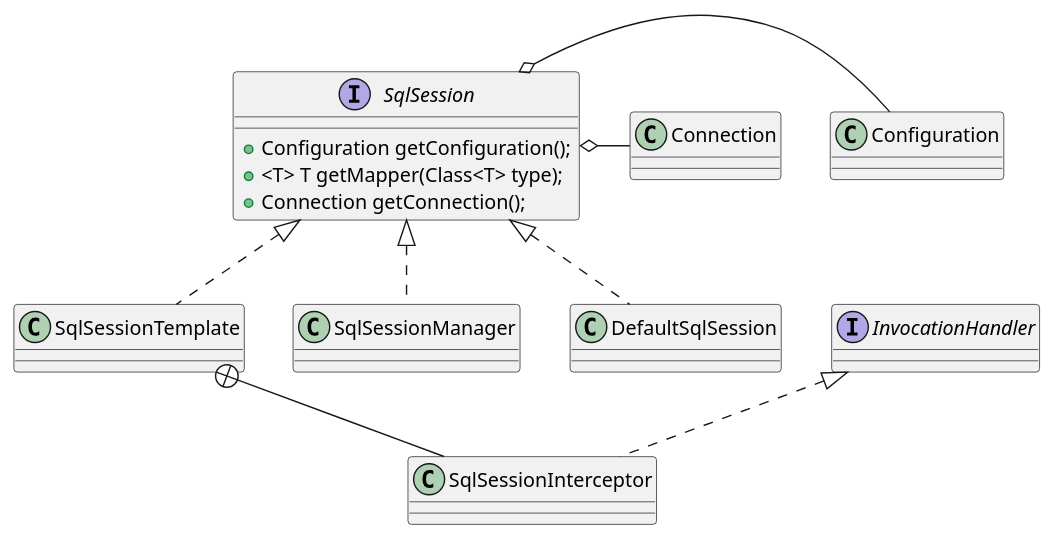
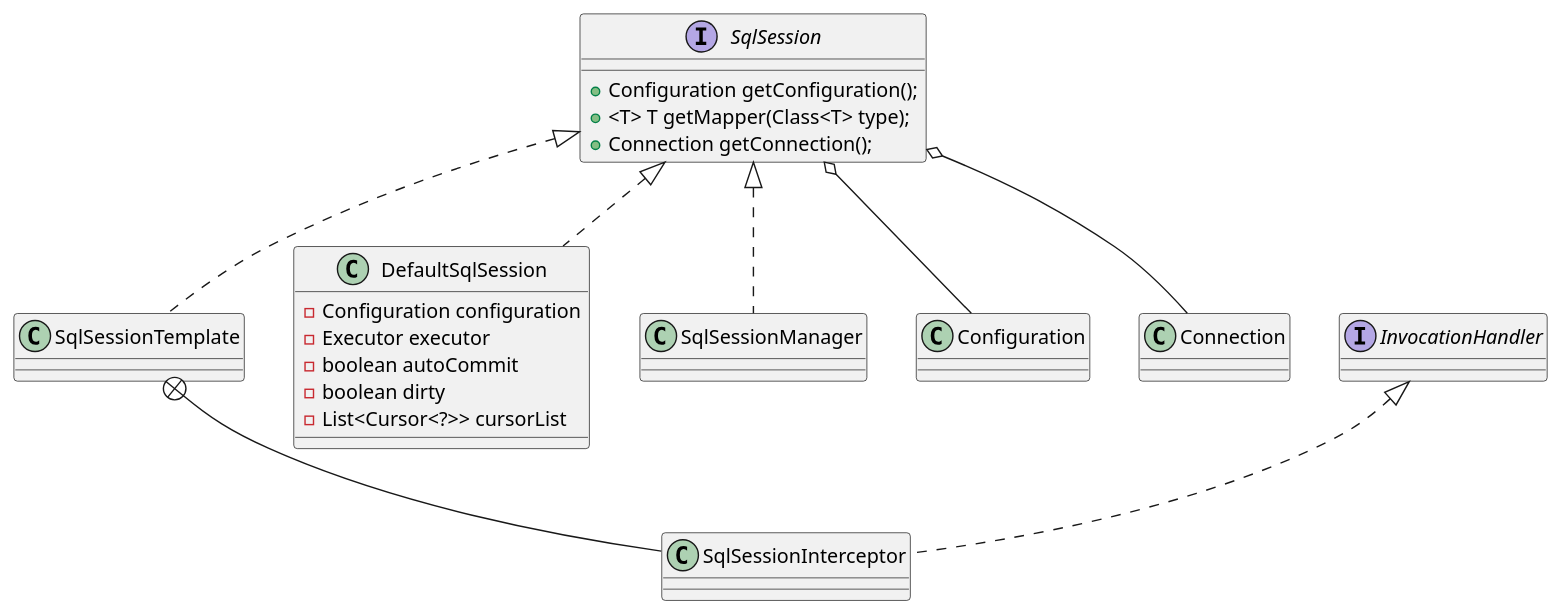
Before and after one commit to onlyonion/development: the diagram in 20-framework/src/mybatis/mybatis/session/SqlSession.md, drawn with PlantUML. The commit also changed 72 other files, not shown here.

````diff
--- a/20-framework/src/mybatis/mybatis/session/SqlSession.md
+++ b/20-framework/src/mybatis/mybatis/session/SqlSession.md
@@ -13,24 +13,32 @@
 ```plantuml
 @startuml
 
 interface SqlSession {
     + Configuration getConfiguration();
     + <T> T getMapper(Class<T> type);
     + Connection getConnection();
 }
 
 class SqlSessionTemplate
 
+class DefaultSqlSession {
+    - Configuration configuration
+    - Executor executor
+    - boolean autoCommit
+    - boolean dirty
+    - List<Cursor<?>> cursorList
+}
+
 SqlSession <|.. SqlSessionTemplate
 SqlSession <|.. SqlSessionManager
 SqlSession <|.. DefaultSqlSession
 
 interface InvocationHandler
 InvocationHandler <|.. SqlSessionInterceptor
 SqlSessionTemplate +-- SqlSessionInterceptor
 
-SqlSession o-  Configuration
-SqlSession o-  Connection
+SqlSession o--  Configuration
+SqlSession o--  Connection
 
 @enduml
 ```
````
